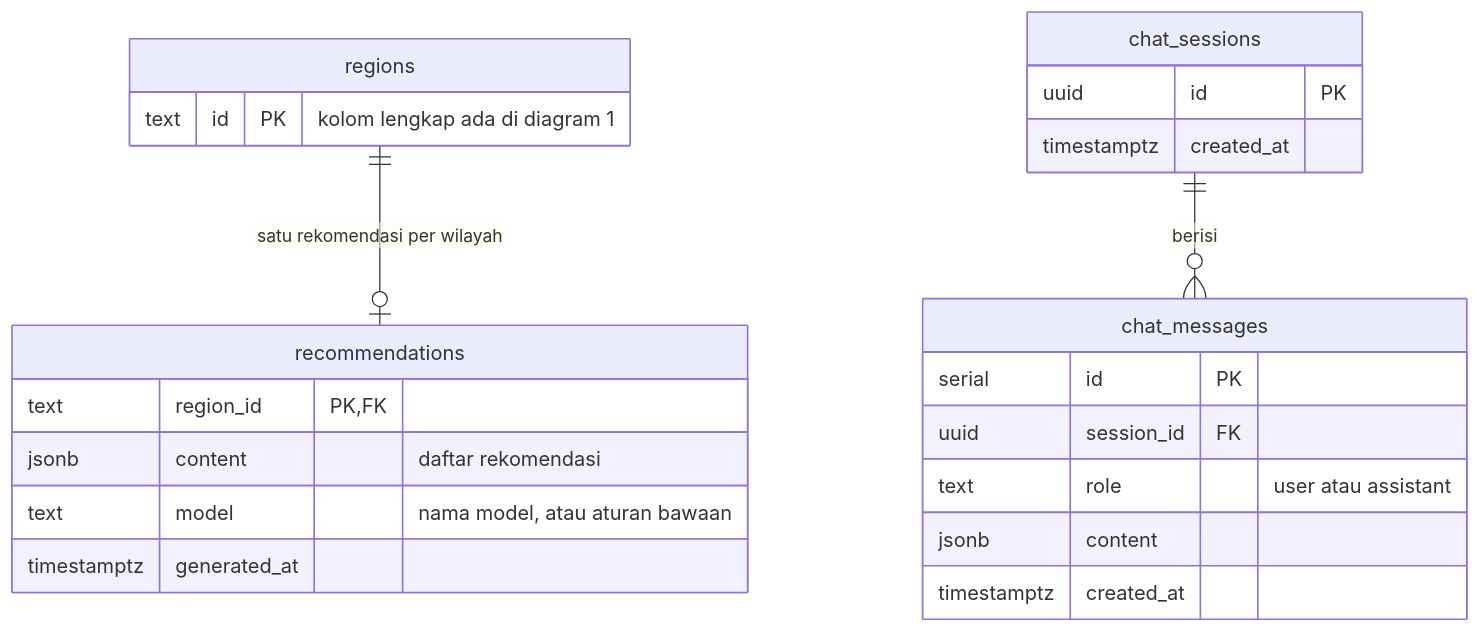
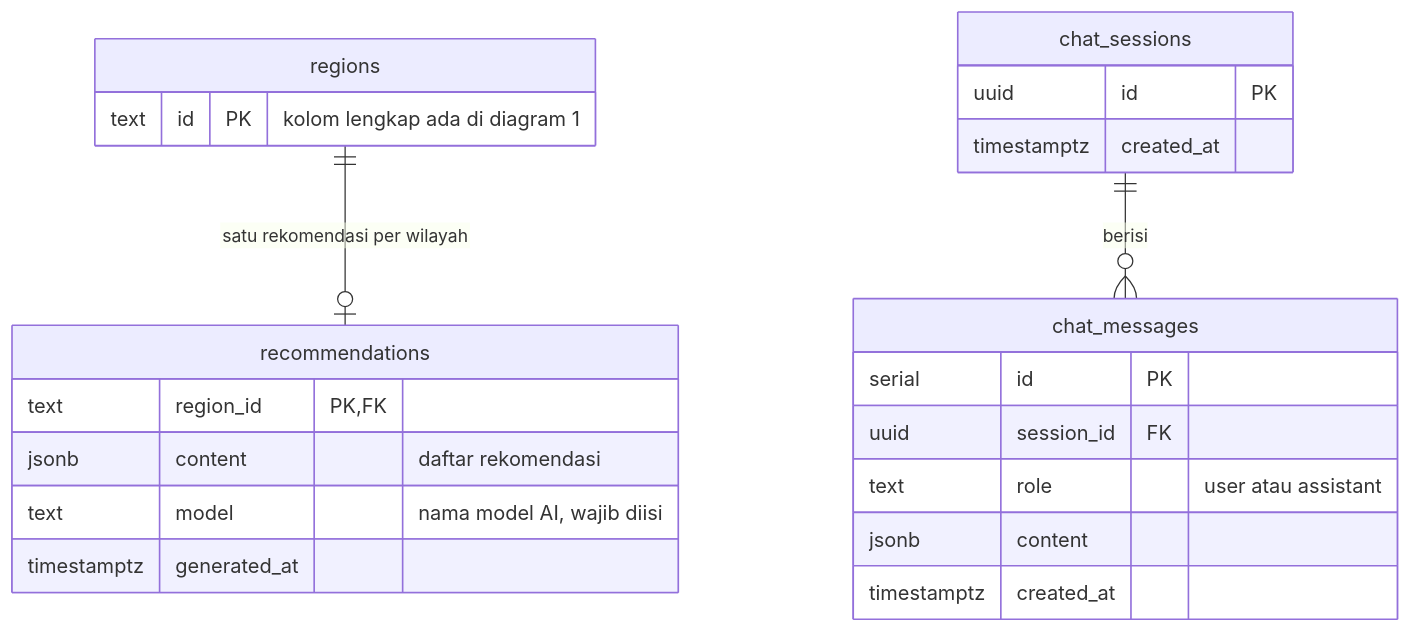
The third of 3 diagrams in docs/technical/erd.md (akhmadqasim/malas-ngoding), drawn with Mermaid before and after one commit. The commit also changed other lines of this file and 8 other files, not shown here.

````diff
--- a/docs/technical/erd.md
+++ b/docs/technical/erd.md
@@ -98,26 +98,26 @@
 ```mermaid
 erDiagram
   regions ||--o| recommendations : "satu rekomendasi per wilayah"
   chat_sessions ||--o{ chat_messages : "berisi"
 
   regions {
     text id PK "kolom lengkap ada di diagram 1"
   }
   recommendations {
     text region_id PK, FK
     jsonb content "daftar rekomendasi"
-    text model "nama model, atau aturan bawaan"
+    text model "nama model AI, wajib diisi"
     timestamptz generated_at
   }
   chat_sessions {
     uuid id PK
     timestamptz created_at
   }
   chat_messages {
     serial id PK
     uuid session_id FK
     text role "user atau assistant"
     jsonb content
     timestamptz created_at
   }
 ```
````
